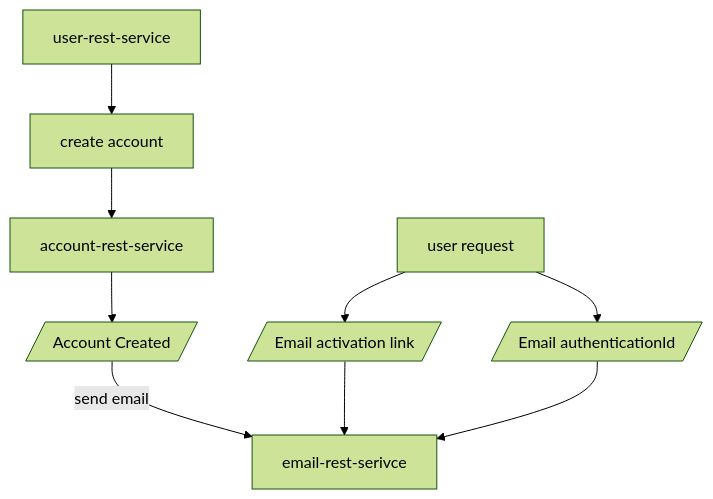
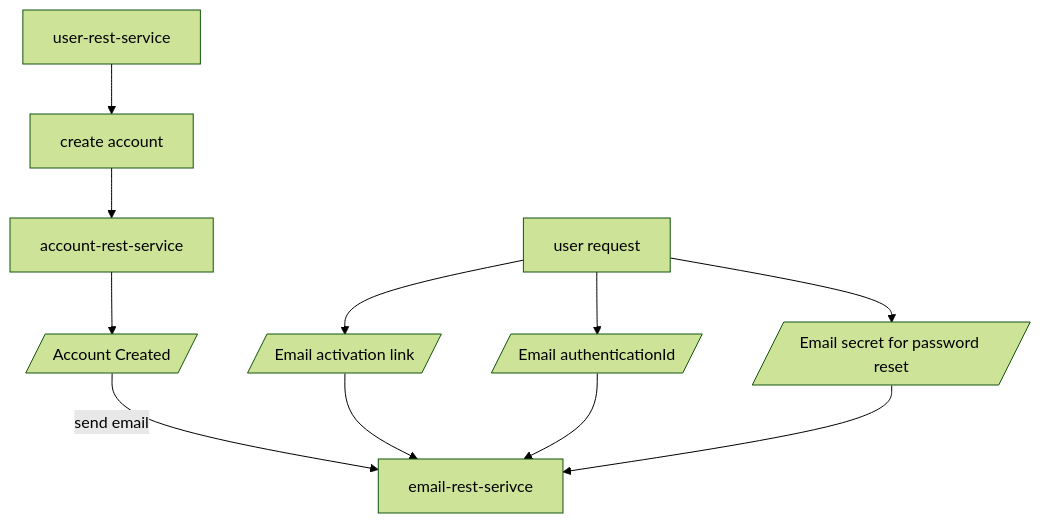
The diagram in README.md (sonamsamdupkhangsar/email-rest-service), drawn with Mermaid (forest theme) before and after one commit.

Commit message:
add mermaidms

````diff
--- a/README.md
+++ b/README.md
@@ -9,9 +9,8 @@
 ```mermaid
 flowchart TD
  UserService[user-rest-service] --> create[create account] -->Account[account-rest-service]
  Account-->accountCreated[/Account Created/]--"send email"--> email[email-rest-serivce]
  User[user request] --> emailActivationLink[/Email activation link/]--> email 
-
  User --> emailAuthenticationId[/Email authenticationId/]--> email
- 
+ User -->emailSecret[/Email secret for password reset/] -->email
 ```
````
